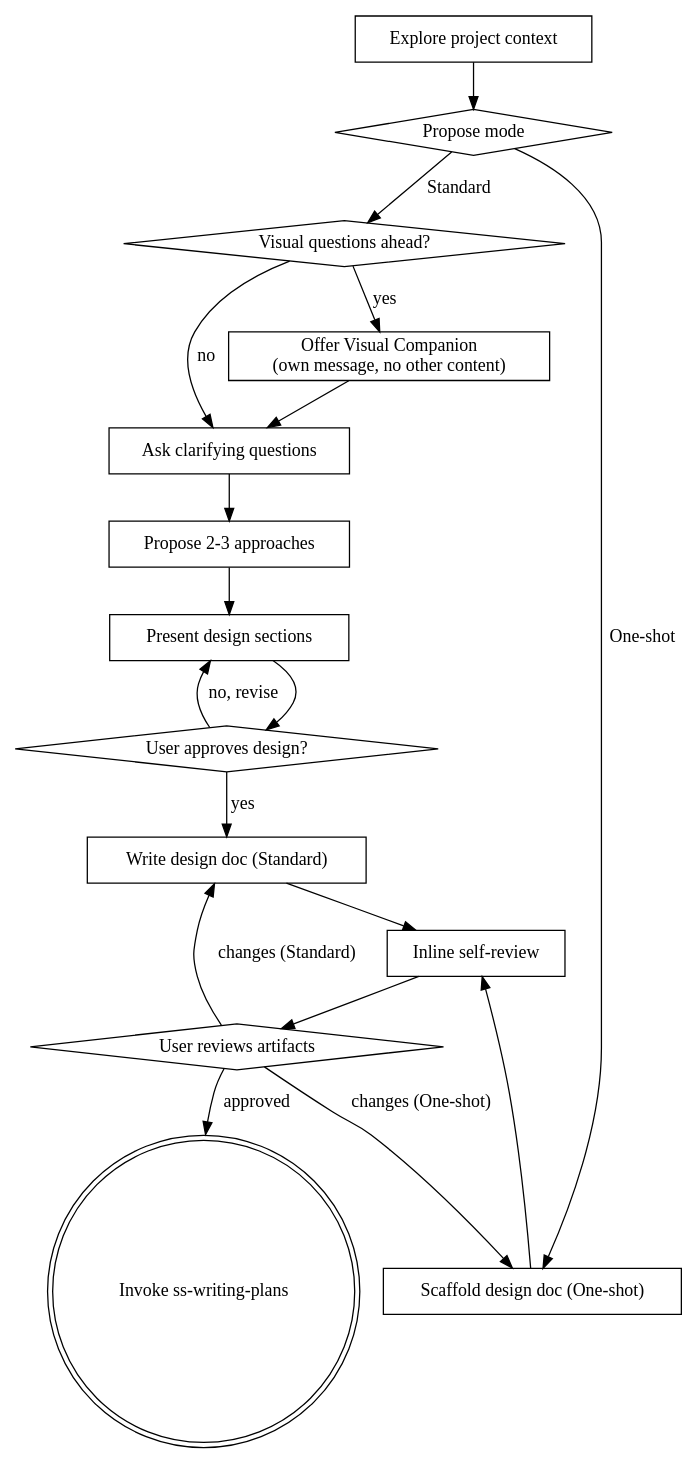
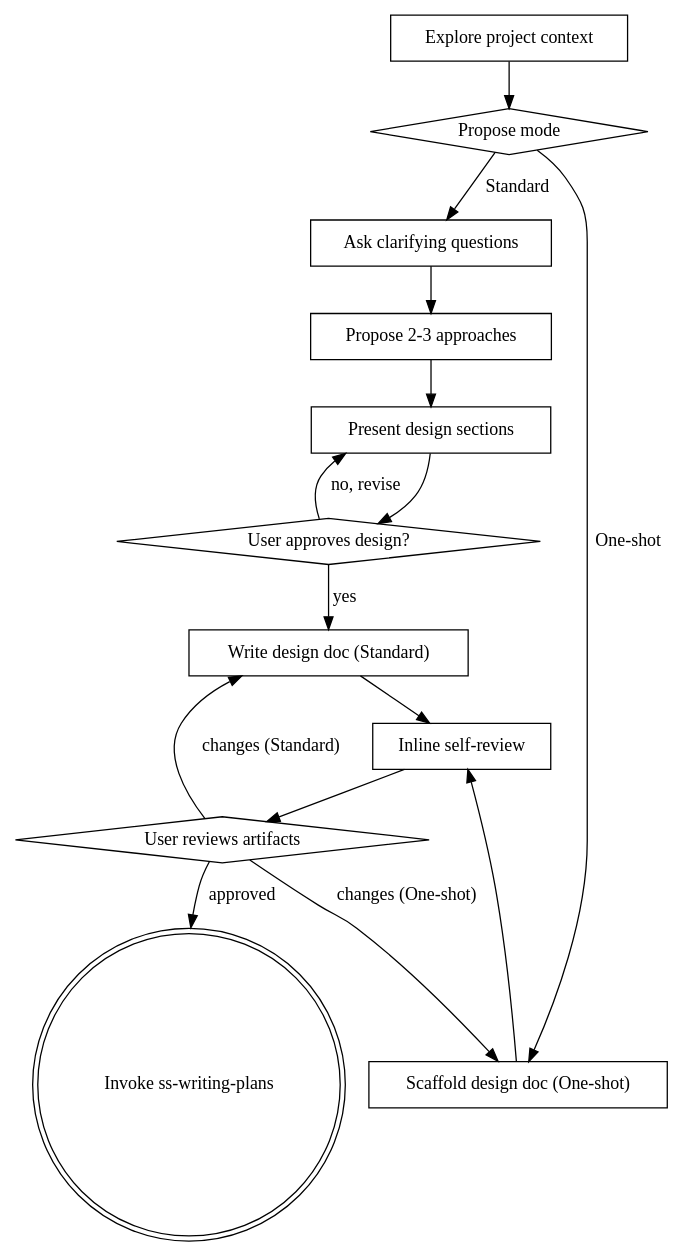
Before and after one commit to CoyoteLeo/superspec: the diagram in skills/ss-brainstorming/SKILL.md, drawn with Graphviz. The commit also changed other lines of this file and 11 other files, not shown here.

First line of the commit message:
refactor: drop proposal.md, cut visual companion, honour One-shot in writing-plans handoff

````diff
--- a/skills/ss-brainstorming/SKILL.md
+++ b/skills/ss-brainstorming/SKILL.md
@@ -77,35 +76,30 @@
 ```dot
 digraph brainstorming {
     "Explore project context" [shape=box];
     "Propose mode" [shape=diamond];
-    "Visual questions ahead?" [shape=diamond];
-    "Offer Visual Companion\n(own message, no other content)" [shape=box];
     "Ask clarifying questions" [shape=box];
     "Propose 2-3 approaches" [shape=box];
     "Present design sections" [shape=box];
     "User approves design?" [shape=diamond];
     "Write design doc (Standard)" [shape=box];
     "Scaffold design doc (One-shot)" [shape=box];
     "Inline self-review" [shape=box];
     "User reviews artifacts" [shape=diamond];
     "Invoke ss-writing-plans" [shape=doublecircle];
 
     "Explore project context" -> "Propose mode";
-    "Propose mode" -> "Visual questions ahead?" [label="Standard"];
+    "Propose mode" -> "Ask clarifying questions" [label="Standard"];
     "Propose mode" -> "Scaffold design doc (One-shot)" [label="One-shot"];
-    "Visual questions ahead?" -> "Offer Visual Companion\n(own message, no other content)" [label="yes"];
-    "Visual questions ahead?" -> "Ask clarifying questions" [label="no"];
-    "Offer Visual Companion\n(own message, no other content)" -> "Ask clarifying questions";
     "Ask clarifying questions" -> "Propose 2-3 approaches";
     "Propose 2-3 approaches" -> "Present design sections";
     "Present design sections" -> "User approves design?";
     "User approves design?" -> "Present design sections" [label="no, revise"];
     "User approves design?" -> "Write design doc (Standard)" [label="yes"];
     "Write design doc (Standard)" -> "Inline self-review";
     "Scaffold design doc (One-shot)" -> "Inline self-review";
     "Inline self-review" -> "User reviews artifacts";
     "User reviews artifacts" -> "Write design doc (Standard)" [label="changes (Standard)"];
     "User reviews artifacts" -> "Scaffold design doc (One-shot)" [label="changes (One-shot)"];
     "User reviews artifacts" -> "Invoke ss-writing-plans" [label="approved"];
 }
 ```
````
